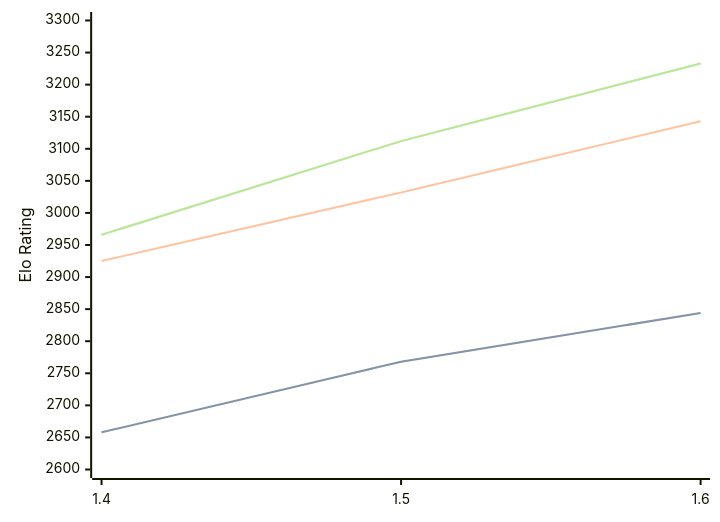
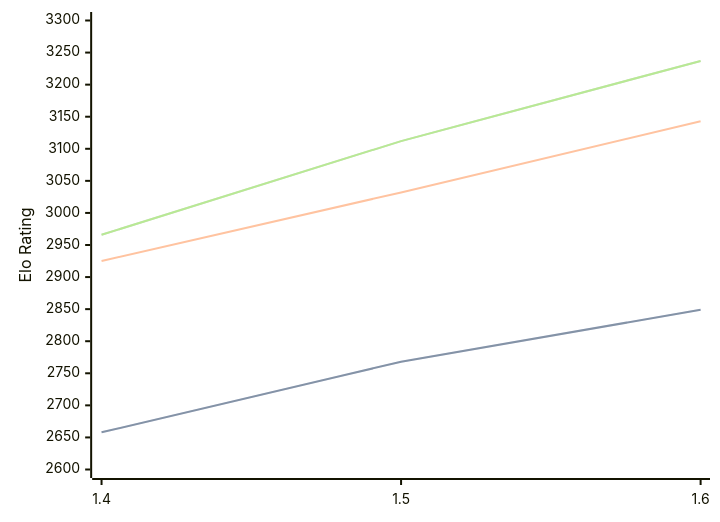
Before and after one commit to computer-chess-index/cci: the diagram in engines/Yakka.md, drawn with Mermaid. The commit also changed other lines of this file, not shown here.

Commit message:
Update CCI Ratings (ELO VLTC) - 2026-09-27

````diff
--- a/engines/Yakka.md
+++ b/engines/Yakka.md
@@ -33,11 +33,11 @@
 ```mermaid
 %%{init: {"theme":"base","themeVariables":{"seriesColors:['#a3a3a3','#222221','#faa371']}}}%%
 xychart-beta
   x-axis ["1.4", "1.5", "1.6"]
   y-axis "Elo Rating" 2600 --> 3300
-  line "" [2658, 2768, 2844]
-  line "STC (8.0+0.08s)" [2658, 2768, 2844]
+  line "" [2658, 2768, 2849]
+  line "STC (8.0+0.08s)" [2658, 2768, 2849]
   line "LTC (60.0+0.60s)" [2925, 3032, 3143]
-  line "" [2966, 3112, 3233]
-  line "VLTC (2m24s+1.12s)" [2966, 3112, 3233]
+  line "" [2966, 3112, 3237]
+  line "VLTC (2m24s+1.12s)" [2966, 3112, 3237]
 ```
````
